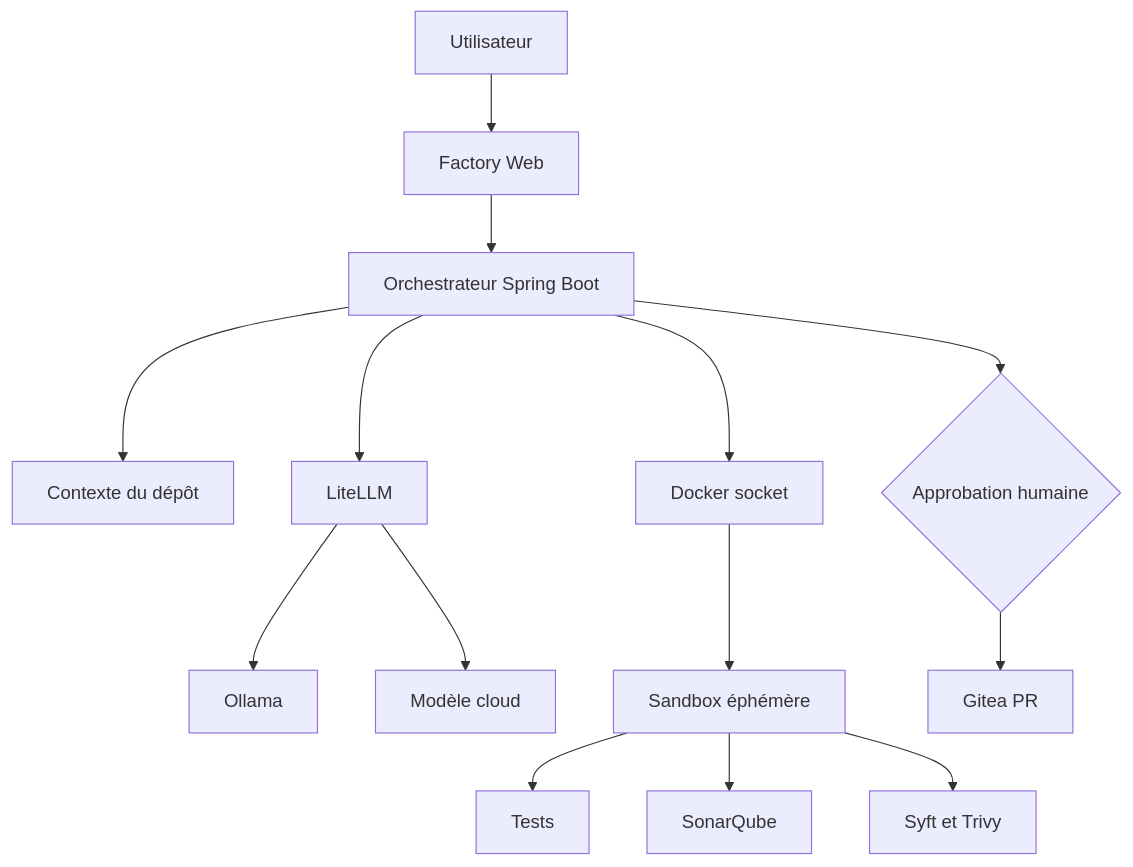
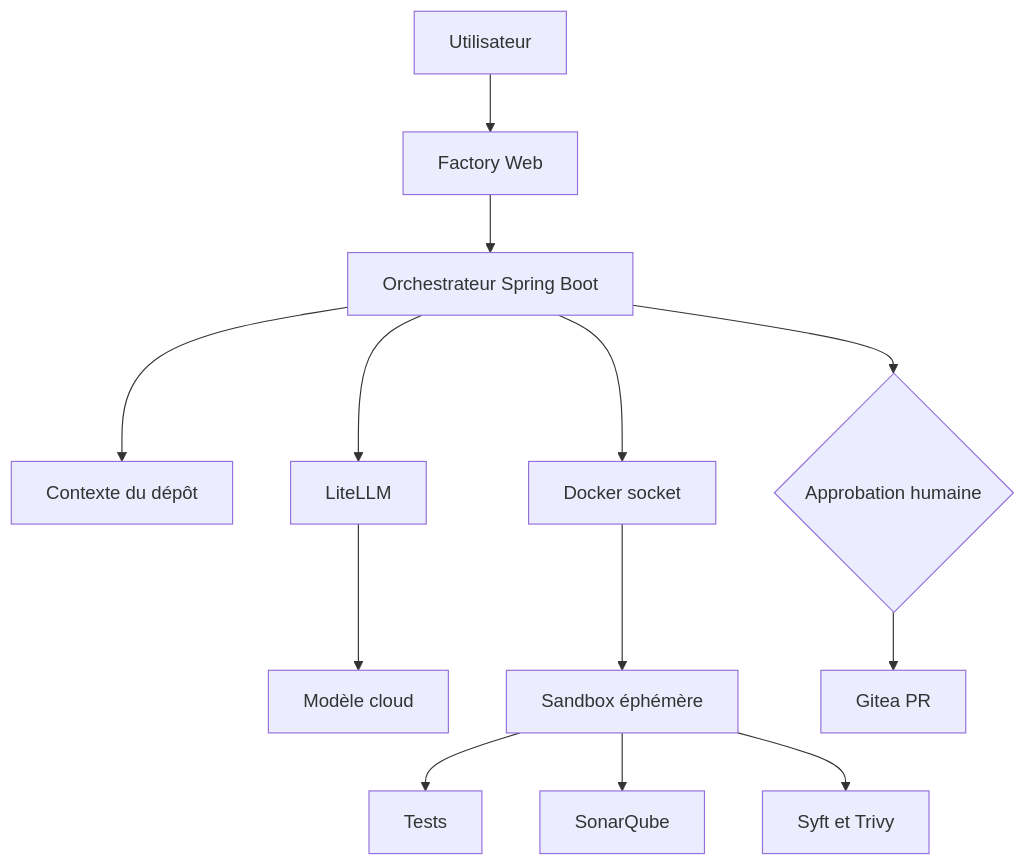
Before and after one commit to dbeaumont/ai-software-factory-local: the first of 7 diagrams in docs/cible-industrialisation avec GCP.md, drawn with Mermaid. The commit also changed other lines of this file and 25 other files, not shown here.

````diff
--- a/docs/cible-industrialisation avec GCP.md
+++ b/docs/cible-industrialisation avec GCP.md
@@ -96,16 +95,15 @@
 ```mermaid
 flowchart TB
   U[Utilisateur] --> W[Factory Web]
   W --> O[Orchestrateur Spring Boot]
   O --> C[Contexte du dépôt]
   O --> L[LiteLLM]
-  L --> M1[Ollama]
-  L --> M2[Modèle cloud]
+  L --> M[Modèle cloud]
   O --> D[Docker socket]
   D --> S[Sandbox éphémère]
   S --> T[Tests]
   S --> Q[SonarQube]
   S --> V[Syft et Trivy]
   O --> H{Approbation humaine}
   H --> G[Gitea PR]
 ```
````
